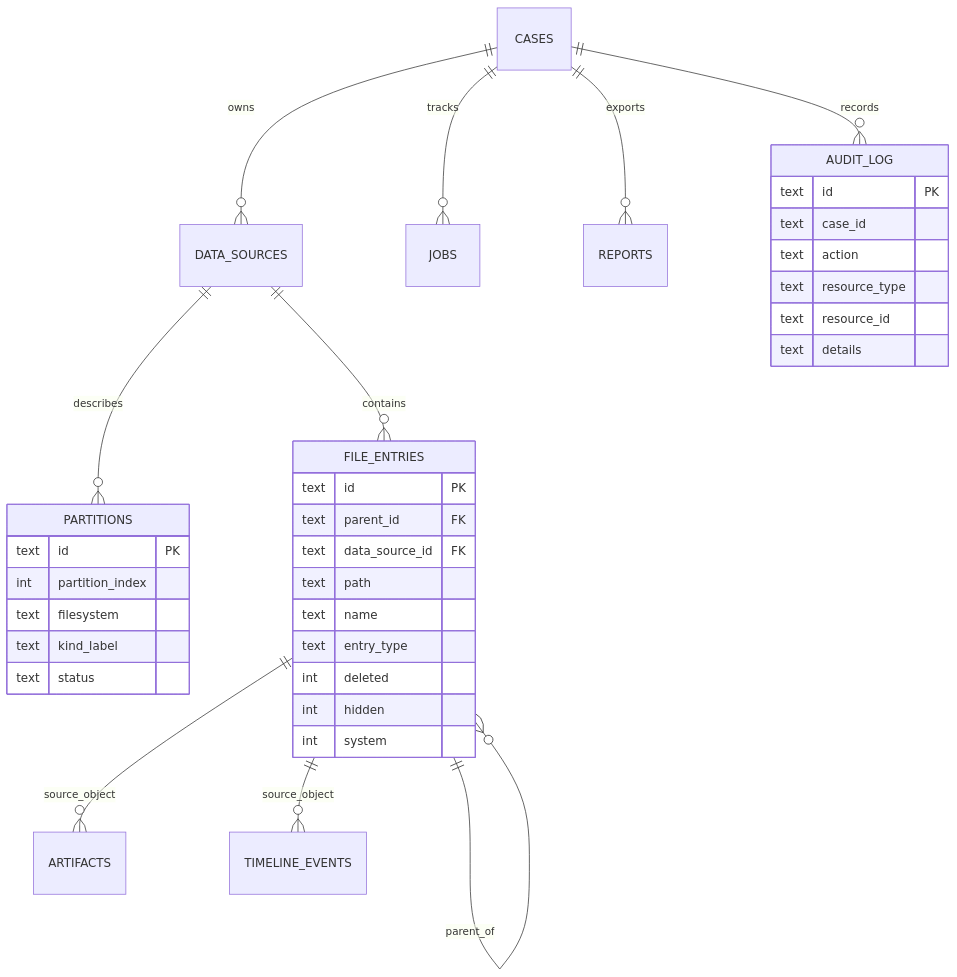
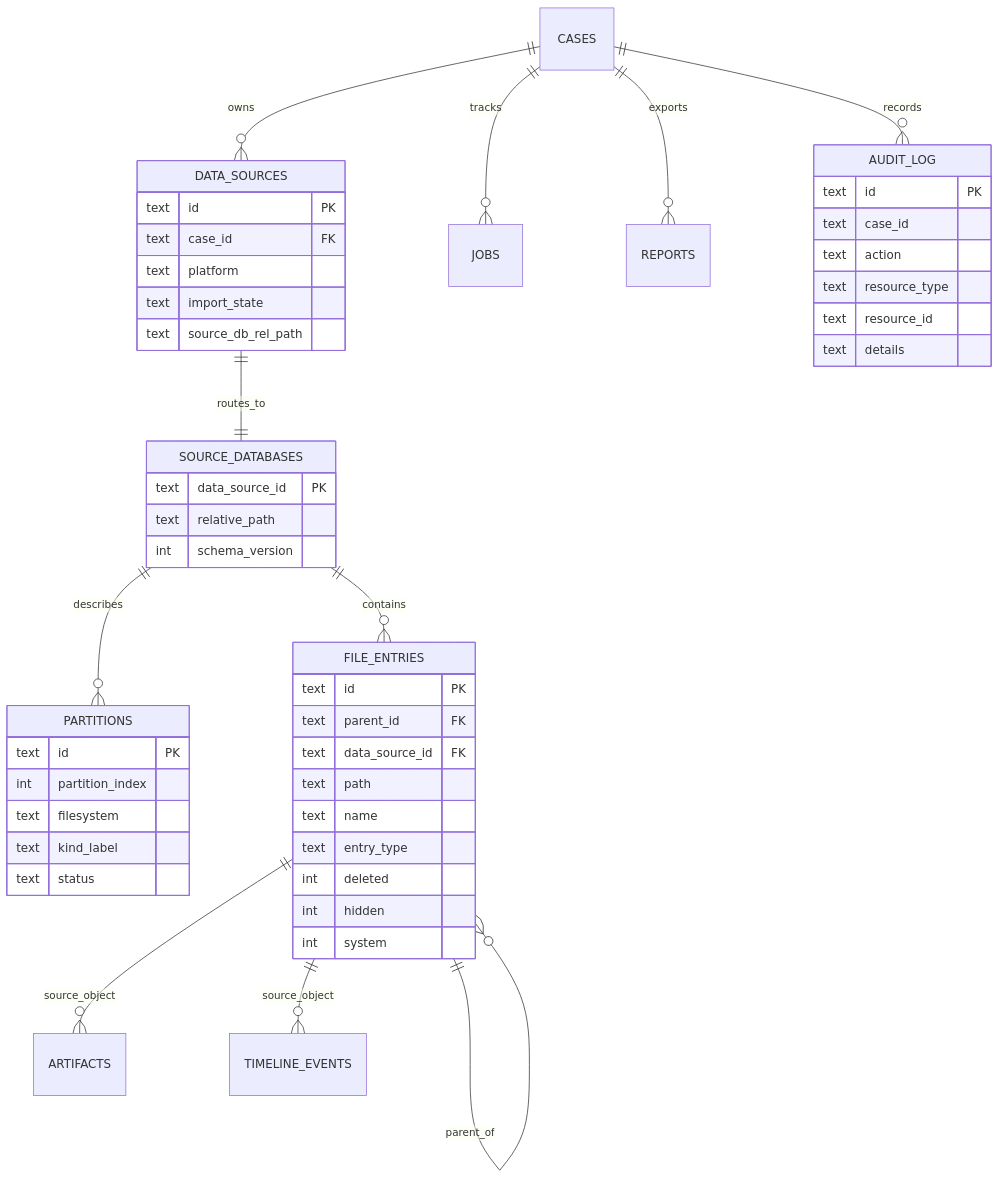
One commit to lQ-A-Ql/meow-detective changed the third of 15 diagrams in docs/model-architecture-algorithm-diagrams.md. Above: the diagram before and after it, drawn with Mermaid. The commit also changed other lines of this file and 132 other files, not shown here.

````diff
--- a/docs/model-architecture-algorithm-diagrams.md
+++ b/docs/model-architecture-algorithm-diagrams.md
@@ -76,41 +76,56 @@
 ```mermaid
 erDiagram
   CASES ||--o{ DATA_SOURCES : owns
   CASES ||--o{ JOBS : tracks
   CASES ||--o{ REPORTS : exports
   CASES ||--o{ AUDIT_LOG : records
-  DATA_SOURCES ||--o{ PARTITIONS : describes
-  DATA_SOURCES ||--o{ FILE_ENTRIES : contains
+  DATA_SOURCES ||--|| SOURCE_DATABASES : routes_to
+  SOURCE_DATABASES ||--o{ PARTITIONS : describes
+  SOURCE_DATABASES ||--o{ FILE_ENTRIES : contains
   FILE_ENTRIES ||--o{ FILE_ENTRIES : parent_of
   FILE_ENTRIES ||--o{ ARTIFACTS : source_object
   FILE_ENTRIES ||--o{ TIMELINE_EVENTS : source_object
+
+  DATA_SOURCES {
+    text id PK
+    text case_id FK
+    text platform
+    text import_state
+    text source_db_rel_path
+  }
+
+  SOURCE_DATABASES {
+    text data_source_id PK
+    text relative_path
+    int schema_version
+  }
 
   FILE_ENTRIES {
     text id PK
     text parent_id FK
     text data_source_id FK
     text path
     text name
     text entry_type
     int deleted
     int hidden
     int system
   }
 
   PARTITIONS {
     text id PK
     int partition_index
     text filesystem
     text kind_label
     text status
   }
 
   AUDIT_LOG {
     text id PK
     text case_id
     text action
     text resource_type
     text resource_id
     text details
   }
 ```
````
